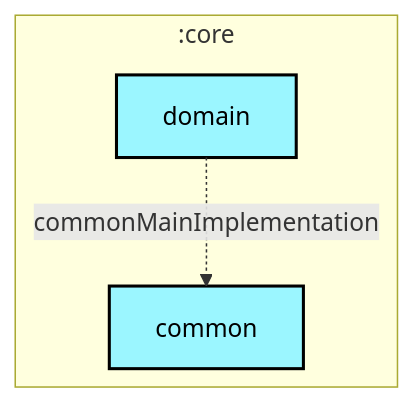
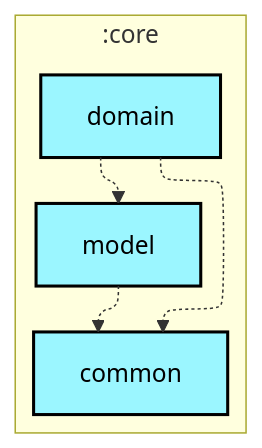
Before and after one commit to woods-marshes/chat-multiplatform: the first of 2 diagrams in core/domain/README.md, drawn with Mermaid. The commit also changed 11 other files, not shown here.

````diff
--- a/core/domain/README.md
+++ b/core/domain/README.md
@@ -6,21 +6,24 @@
 ```mermaid
 ---
 config:
   layout: elk
   elk:
     nodePlacementStrategy: SIMPLE
 ---
 graph TB
   subgraph :core
     direction TB
     :core:common[common]:::kotlin-multiplatform
     :core:domain[domain]:::kotlin-multiplatform
+    :core:model[model]:::kotlin-multiplatform
   end
 
-  :core:domain -.->|commonMainImplementation| :core:common
+  :core:domain -.-> :core:common
+  :core:domain -.-> :core:model
+  :core:model -.-> :core:common
 
 classDef android-application fill:#CAFFBF,stroke:#000,stroke-width:2px,color:#000;
 classDef compose-multiplatform fill:#FFD6A5,stroke:#000,stroke-width:2px,color:#000;
 classDef kotlin-multiplatform fill:#9BF6FF,stroke:#000,stroke-width:2px,color:#000;
 classDef unknown fill:#FFADAD,stroke:#000,stroke-width:2px,color:#000;
 ```
````
